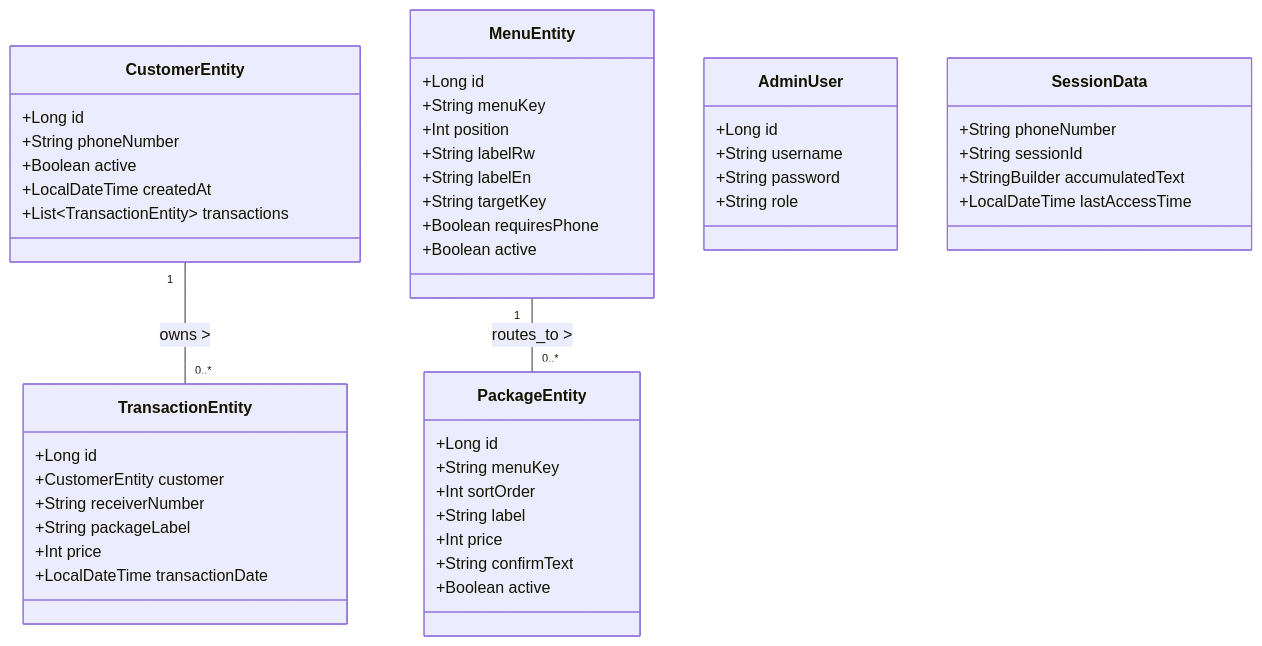
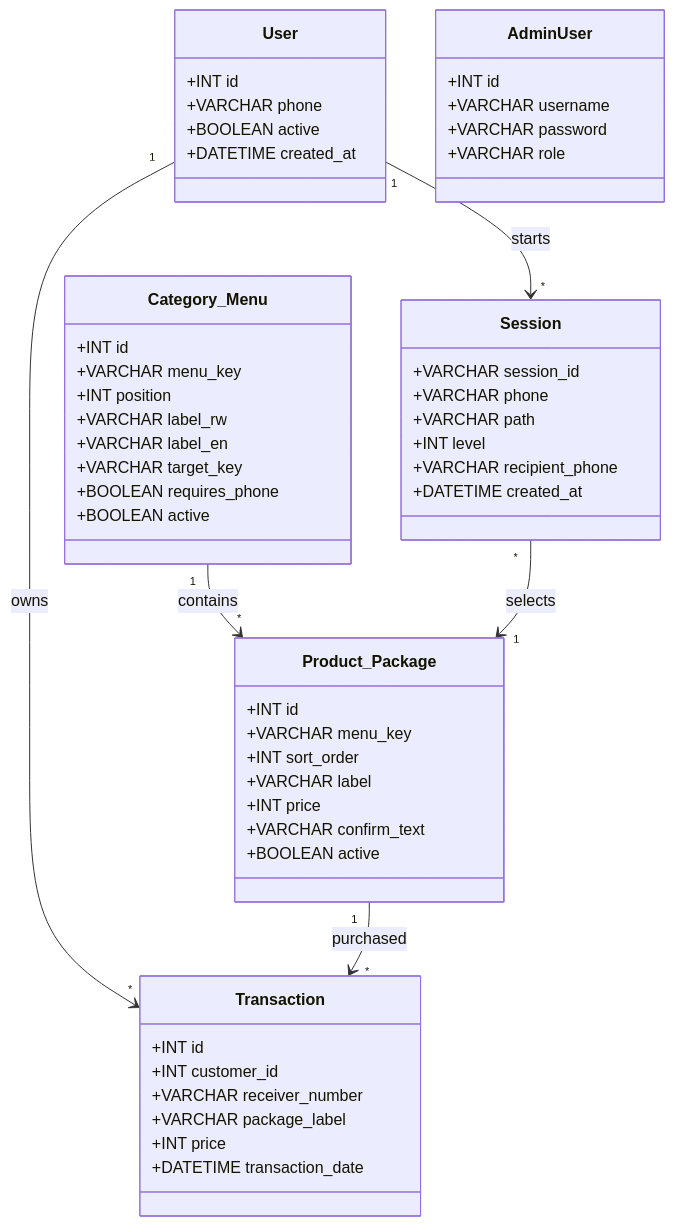
One commit to Gikundiroleondrie/USSD_api changed the first of 3 diagrams in README.md. Above: the diagram before and after it, drawn with Mermaid. The commit also changed other lines of this file, not shown here.

Commit message:
docs: update 3.6.6 Class Diagram in README

````diff
--- a/README.md
+++ b/README.md
@@ -45,57 +45,63 @@
 ```mermaid
 classDiagram
-    class CustomerEntity {
-        +Long id
-        +String phoneNumber
-        +Boolean active
-        +LocalDateTime createdAt
-        +List~TransactionEntity~ transactions
+    direction TB
+
+    class User {
+        +INT id
+        +VARCHAR phone
+        +BOOLEAN active
+        +DATETIME created_at
     }
 
-    class TransactionEntity {
-        +Long id
-        +CustomerEntity customer
-        +String receiverNumber
-        +String packageLabel
-        +Int price
-        +LocalDateTime transactionDate
+    class Session {
+        +VARCHAR session_id
+        +VARCHAR phone
+        +VARCHAR path
+        +INT level
+        +VARCHAR recipient_phone
+        +DATETIME created_at
     }
 
-    class MenuEntity {
-        +Long id
-        +String menuKey
-        +Int position
-        +String labelRw
-        +String labelEn
-        +String targetKey
-        +Boolean requiresPhone
-        +Boolean active
+    class Category_Menu {
+        +INT id
+        +VARCHAR menu_key
+        +INT position
+        +VARCHAR label_rw
+        +VARCHAR label_en
+        +VARCHAR target_key
+        +BOOLEAN requires_phone
+        +BOOLEAN active
     }
 
-    class PackageEntity {
-        +Long id
-        +String menuKey
-        +Int sortOrder
-        +String label
-        +Int price
-        +String confirmText
-        +Boolean active
+    class Product_Package {
+        +INT id
+        +VARCHAR menu_key
+        +INT sort_order
+        +VARCHAR label
+        +INT price
+        +VARCHAR confirm_text
+        +BOOLEAN active
+    }
+
+    class Transaction {
+        +INT id
+        +INT customer_id
+        +VARCHAR receiver_number
+        +VARCHAR package_label
+        +INT price
+        +DATETIME transaction_date
     }
 
     class AdminUser {
-        +Long id
-        +String username
-        +String password
-        +String role
+        +INT id
+        +VARCHAR username
+        +VARCHAR password
+        +VARCHAR role
     }
 
-    class SessionData {
-        +String phoneNumber
-        +String sessionId
-        +StringBuilder accumulatedText
-        +LocalDateTime lastAccessTime
-    }
-
-    CustomerEntity "1" -- "0..*" TransactionEntity : owns >
-    MenuEntity "1" -- "0..*" PackageEntity : routes_to >
+    User "1" --> "*" Session : starts
+    User "1" --> "*" Transaction : owns
+    Category_Menu "1" --> "*" Product_Package : contains
+    Session "*" --> "1" Product_Package : selects
+    Product_Package "1" --> "*" Transaction : purchased
 ```
````
